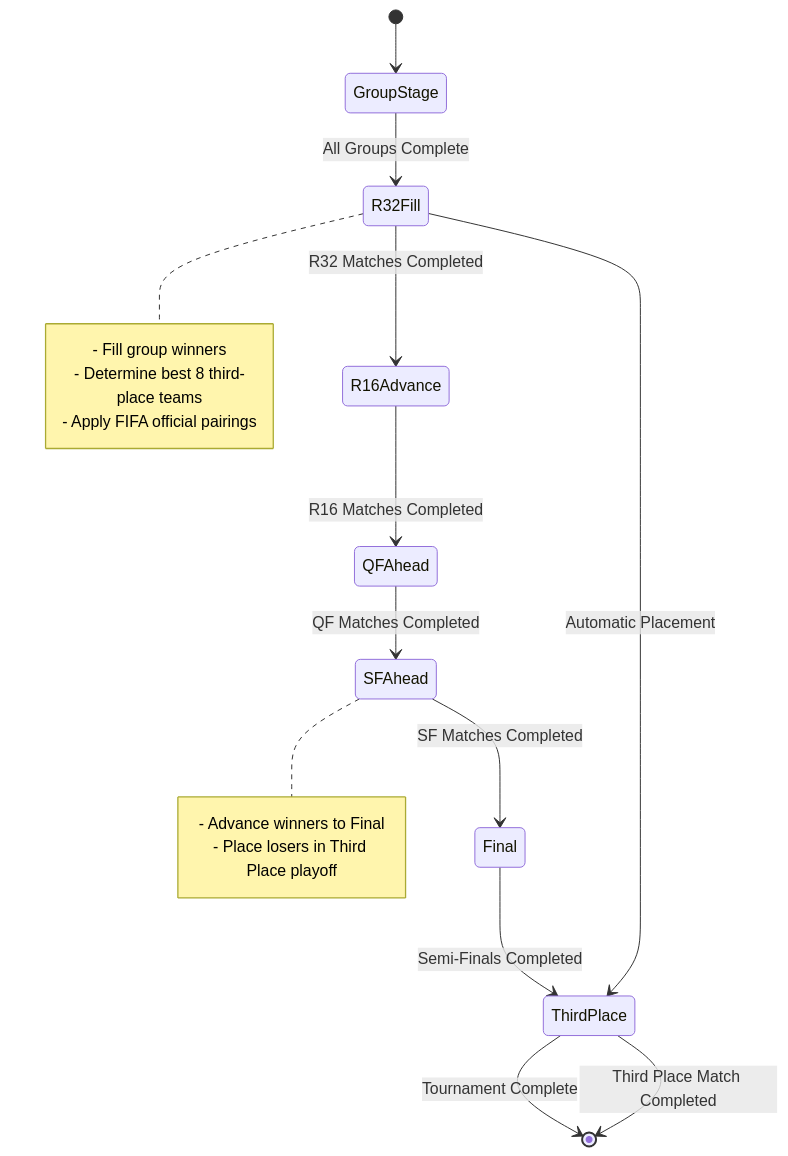
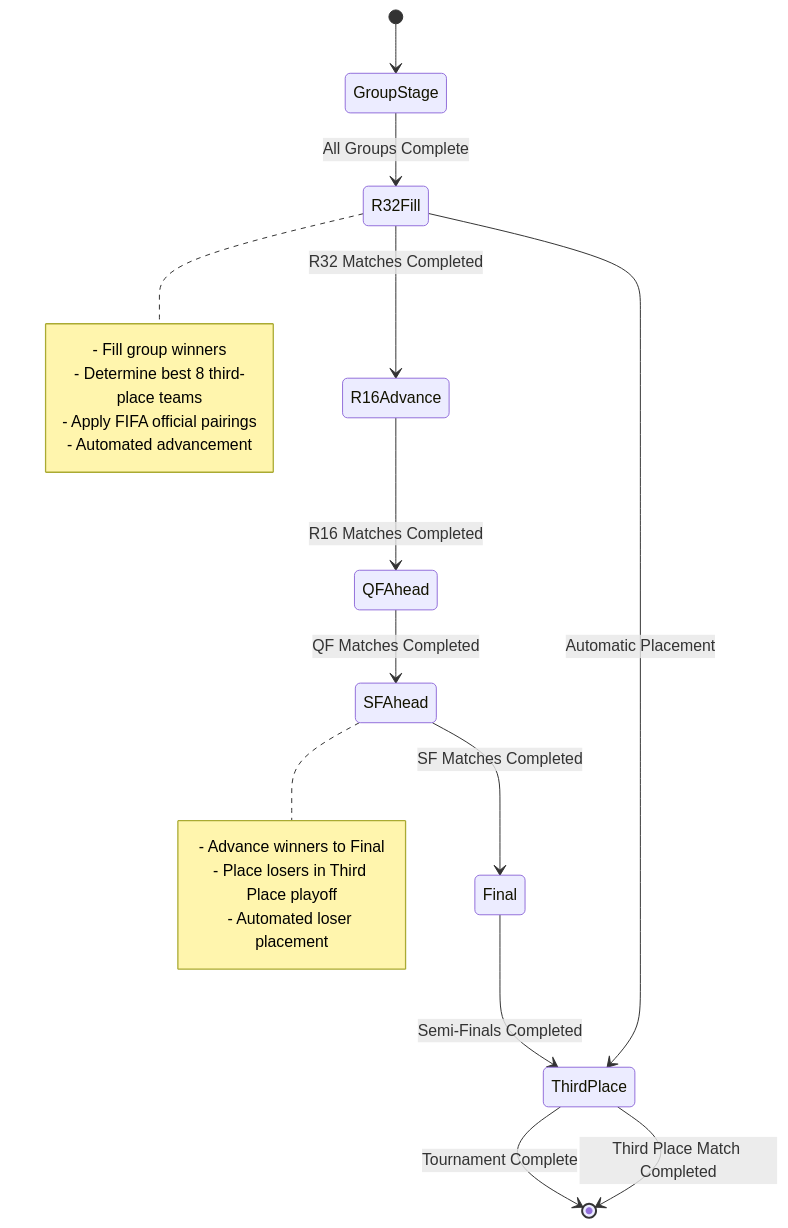
The sixth of 12 diagrams in .qoder/repowiki/en/content/API Reference/Tournament API/Knockout Bracket Management.md (cheesiong/WC26-qwen), drawn with Mermaid before and after one commit. The commit also changed other lines of this file and 49 other files, not shown here.

````diff
--- a/.qoder/repowiki/en/content/API Reference/Tournament API/Knockout Bracket Management.md
+++ b/.qoder/repowiki/en/content/API Reference/Tournament API/Knockout Bracket Management.md
@@ -278,22 +319,24 @@
 ```mermaid
 stateDiagram-v2
 [*] --> GroupStage
 GroupStage --> R32Fill : All Groups Complete
 R32Fill --> R16Advance : R32 Matches Completed
 R16Advance --> QFAhead : R16 Matches Completed
 QFAhead --> SFAhead : QF Matches Completed
 SFAhead --> Final : SF Matches Completed
 Final --> ThirdPlace : Semi-Finals Completed
 ThirdPlace --> [*] : Tournament Complete
 R32Fill --> ThirdPlace : Automatic Placement
 ThirdPlace --> [*] : Third Place Match Completed
 note right of R32Fill
 - Fill group winners
 - Determine best 8 third-place teams
 - Apply FIFA official pairings
+- Automated advancement
 end note
 note right of SFAhead
 - Advance winners to Final
 - Place losers in Third Place playoff
+- Automated loser placement
 end note
 ```
````
